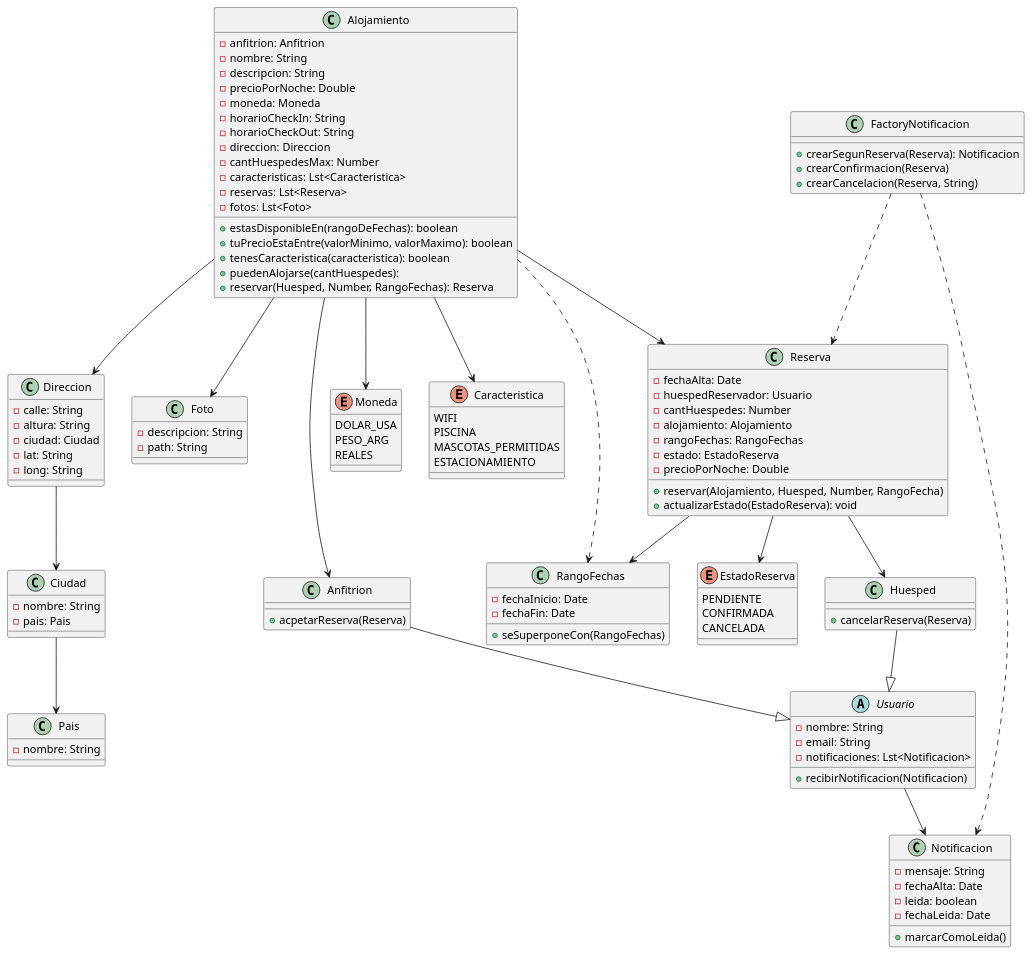
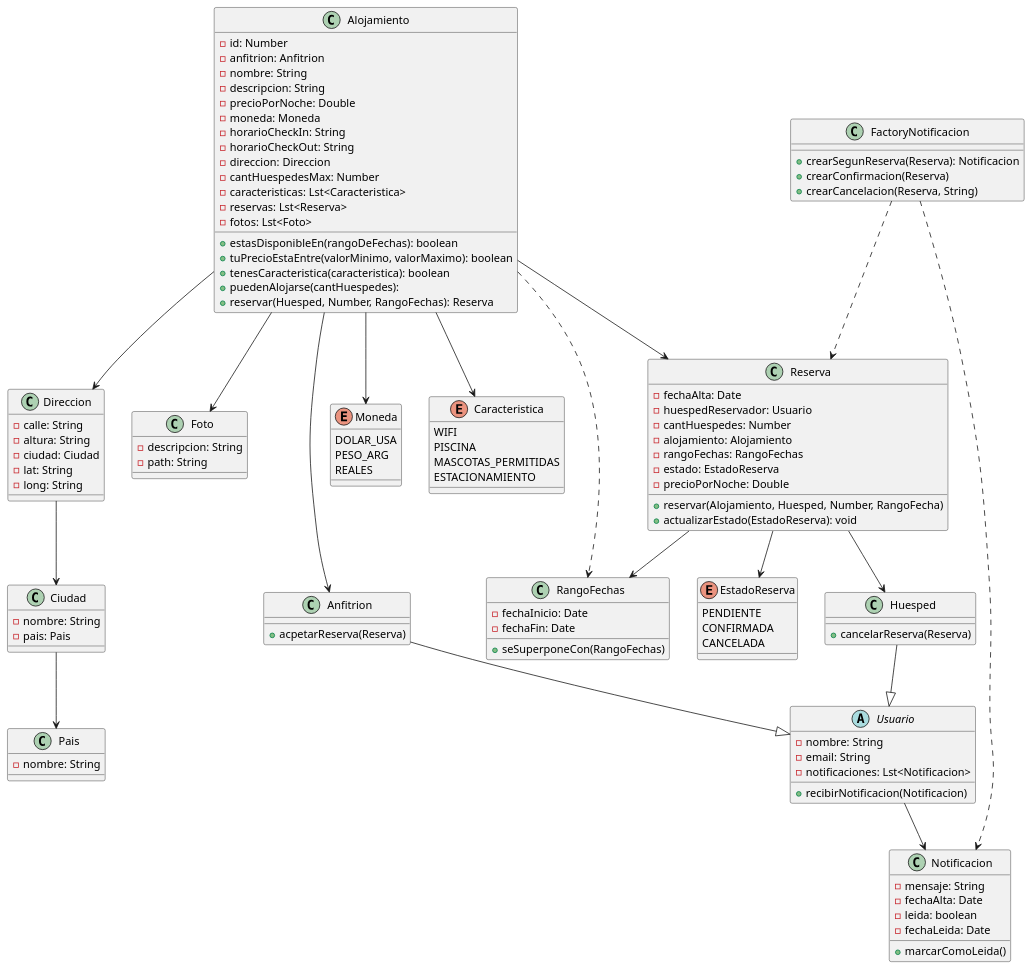
The diagram in recursos/clases.puml (LautaroPingitore/Tp-Desarrollo-Pagina-Web), drawn with PlantUML before and after one commit. The commit also changed 26 other files, not shown here.

```diff
--- a/recursos/clases.puml
+++ b/recursos/clases.puml
@@ -1,139 +1,140 @@
 @startuml Birbnb
 
 class Alojamiento {
+  - id: Number
   - anfitrion: Anfitrion
   - nombre: String
   - descripcion: String
   - precioPorNoche: Double
   - moneda: Moneda
   - horarioCheckIn: String
   - horarioCheckOut: String
   - direccion: Direccion
   - cantHuespedesMax: Number
   - caracteristicas: Lst<Caracteristica>
   - reservas: Lst<Reserva>
   - fotos: Lst<Foto>
 
   + estasDisponibleEn(rangoDeFechas): boolean
   + tuPrecioEstaEntre(valorMinimo, valorMaximo): boolean
   + tenesCaracteristica(caracteristica): boolean
   + puedenAlojarse(cantHuespedes): 
   + reservar(Huesped, Number, RangoFechas): Reserva
 }
 
 enum Moneda {
     DOLAR_USA
     PESO_ARG
     REALES
 }
 
 enum Caracteristica {
     WIFI
     PISCINA
     MASCOTAS_PERMITIDAS
     ESTACIONAMIENTO
 }
 
 enum EstadoReserva {
     PENDIENTE
     CONFIRMADA
     CANCELADA
 }
 
 class Direccion {
   - calle: String
   - altura: String
   - ciudad: Ciudad
   - lat: String
   - long: String
 }
 
 class Ciudad {
   - nombre: String
   - pais: Pais
 }
 
 class Pais {
   - nombre: String
 }
 
 class Foto {
   - descripcion: String
   - path: String
 }
 
 class Reserva {
   - fechaAlta: Date
   - huespedReservador: Usuario
   - cantHuespedes: Number
   - alojamiento: Alojamiento
   - rangoFechas: RangoFechas
   - estado: EstadoReserva
   - precioPorNoche: Double
 
   + reservar(Alojamiento, Huesped, Number, RangoFecha)
   + actualizarEstado(EstadoReserva): void
 }
 
 class RangoFechas {
   - fechaInicio: Date
   - fechaFin: Date
 
   + seSuperponeCon(RangoFechas)
 }
 
 class FactoryNotificacion {
   + crearSegunReserva(Reserva): Notificacion
   + crearConfirmacion(Reserva)
   + crearCancelacion(Reserva, String)
 }
 
 class Notificacion {
   - mensaje: String
   - fechaAlta: Date
   - leida: boolean
   - fechaLeida: Date
 
   + marcarComoLeida()
 }
 
 abstract class Usuario {
   - nombre: String
   - email: String
   - notificaciones: Lst<Notificacion>
   
   + recibirNotificacion(Notificacion)
 }
 
 class Anfitrion {
     + acpetarReserva(Reserva)
 }
 
 class Huesped {
     + cancelarReserva(Reserva)
 }
 
 ' Relaciones '
 Usuario --> Notificacion
 Anfitrion --|> Usuario
 Huesped --|> Usuario
 
 Alojamiento --> Direccion
 Alojamiento --> Foto
 Alojamiento --> Reserva
 Alojamiento --> Anfitrion
 Alojamiento ..> RangoFechas
 Alojamiento --> Moneda
 Alojamiento --> Caracteristica
 
 Direccion --> Ciudad
 Ciudad --> Pais
 
 Reserva --> Huesped
 Reserva --> RangoFechas
 Reserva --> EstadoReserva
 
 FactoryNotificacion ..> Notificacion
 FactoryNotificacion ..> Reserva
 
 @enduml
```
